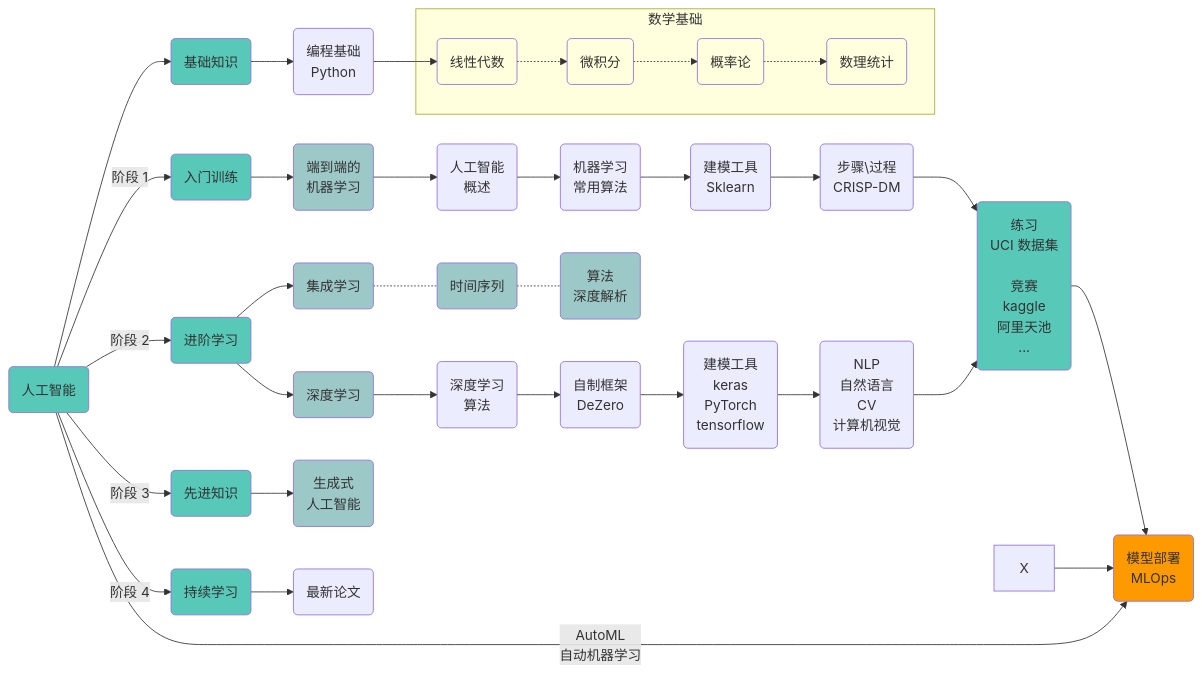
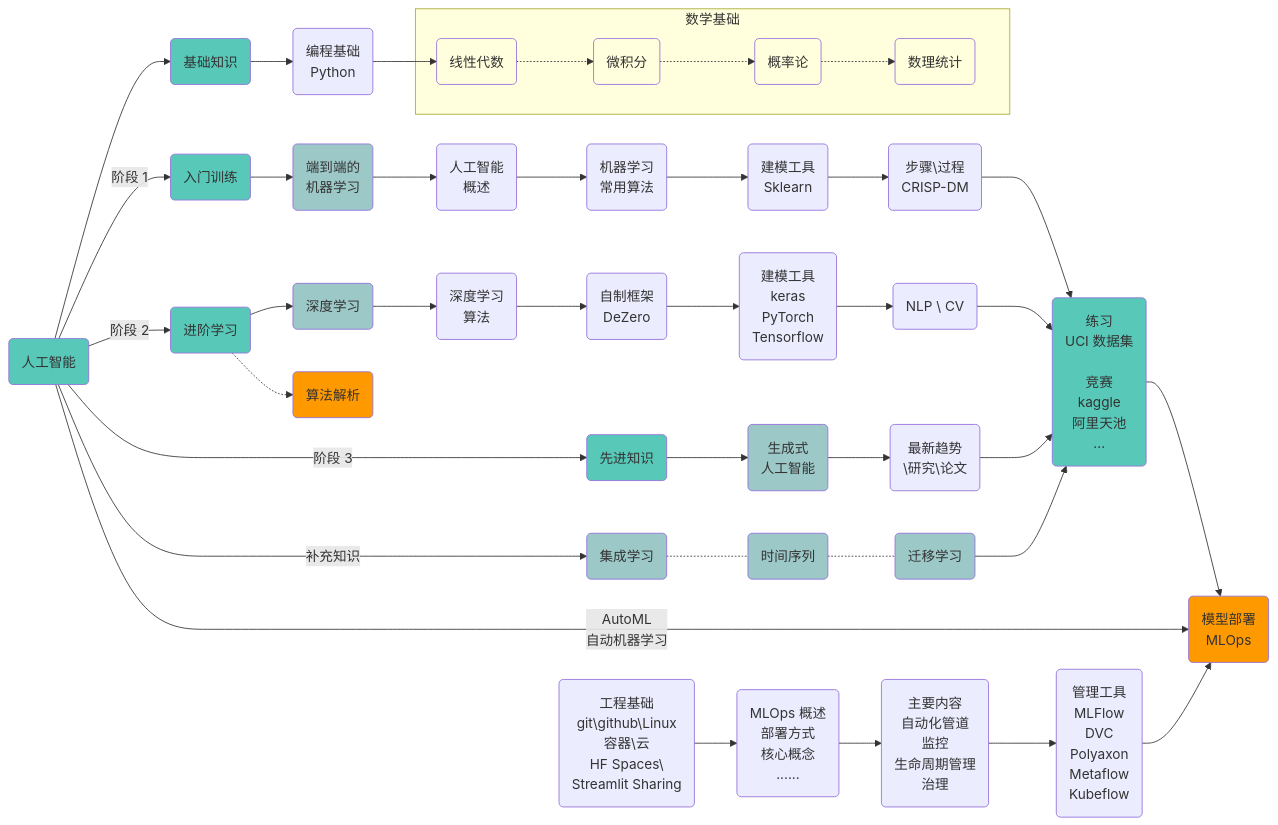
The second of 2 diagrams in content/docs/ai/_index.zh-cn.md (wenwangjain/wenwangjain.github.io), drawn with Mermaid before and after one commit. The commit also changed other lines of this file, not shown here.

````diff
--- a/content/docs/ai/_index.zh-cn.md
+++ b/content/docs/ai/_index.zh-cn.md
@@ -72,52 +72,64 @@
 ```mermaid
 
 flowchart LR
     A(人工智能):::someclassA --> B(基础知识):::someclassA 
         classDef someclassA fill:#58C9B9
         classDef someclassB fill:#9DC8C8
         classDef someclassC fill:#f100,stroke-width:1px
         classDef someclassD fill:#a3c9c7
         classDef someclassE fill:#fff,stroke:#fff,color:#fff
         classDef someclassF fill:#ff9900
 
     A -- 阶段 1 --> C(入门训练):::someclassA
     A -- 阶段 2 --> D(进阶学习):::someclassA
     A -- 阶段 3 --> E(先进知识):::someclassA
-    A -- 阶段 4 --> F(持续学习):::someclassA
-    A -- AutoML<br>自动机器学习 --> Z
+
 
 
 
     B --> B1(编程基础<br>Python) --> B2(线性代数):::someclassC
     subgraph 数学基础
     B2 -.-> B3(微积分):::someclassC -.-> B4(概率论):::someclassC -.-> B5(数理统计):::someclassC  
     end
     
 
     
     C --> C11(端到端的<br>机器学习):::someclassB --> C12(人工智能<br>概述) --> C13(机器学习<br>常用算法) --> C14(建模工具<br>Sklearn) --> C15(步骤\过程<br>CRISP-DM)
-    C15 --> Y 
+    C15 --> Y
 
 
 
-    D --> D11(集成学习):::someclassB -.- D12(时间序列):::someclassB -.- D13(算法<br>深度解析):::someclassB
-    D --> D21(深度学习):::someclassB --> D22(深度学习<br>算法) --> D23(自制框架<br>DeZero) --> D24(建模工具<br>keras<br>PyTorch<br>tensorflow) --> D25(NLP<br>自然语言<br>CV<br>计算机视觉)
+    D --> D21(深度学习):::someclassB --> D22(深度学习<br>算法) --> D23(自制框架<br>DeZero) --> D24(建模工具<br>keras<br>PyTorch<br>Tensorflow) --> D25(NLP \ CV)
     D25 --> Y
-    
+    D -.-> D31(算法解析):::someclassF
 
 
-    E --> E11(生成式<br>人工智能):::someclassB
 
-    F --> F11(最新论文) 
+    E --> E11(生成式<br>人工智能):::someclassB --> E16(最新趋势<br>\研究\论文)
+    E16 --> Y
+
+
+    
+    A -- 补充知识 --> F1(集成学习):::someclassB -.- F2(时间序列):::someclassB -.- F3(迁移学习):::someclassB
+    F3 --> Y
+
+
 
     Y(练习<br>UCI 数据集<br><br>竞赛<br>kaggle<br>阿里天池<br>...):::someclassA
-
-
     Y --> Z
 
     Z(模型部署<br>MLOps):::someclassF
 
+
+
+    A -- AutoML<br>自动机器学习 --> Z
+
+    Z11(工程基础<br>git\github\Linux<br>容器\云<br>HF Spaces\<br>Streamlit Sharing) --> Z12(MLOps 概述<br>部署方式<br>核心概念<br>......) --> Z13(主要内容<br>自动化管道<br>监控<br>生命周期管理<br>治理) --> Z14(管理工具<br>MLFlow<br>DVC<br>Polyaxon<br>Metaflow<br>Kubeflow) 
+    Z14 --> Z
+
+
+
     
-    X --> Z
+
 
 ```
````
